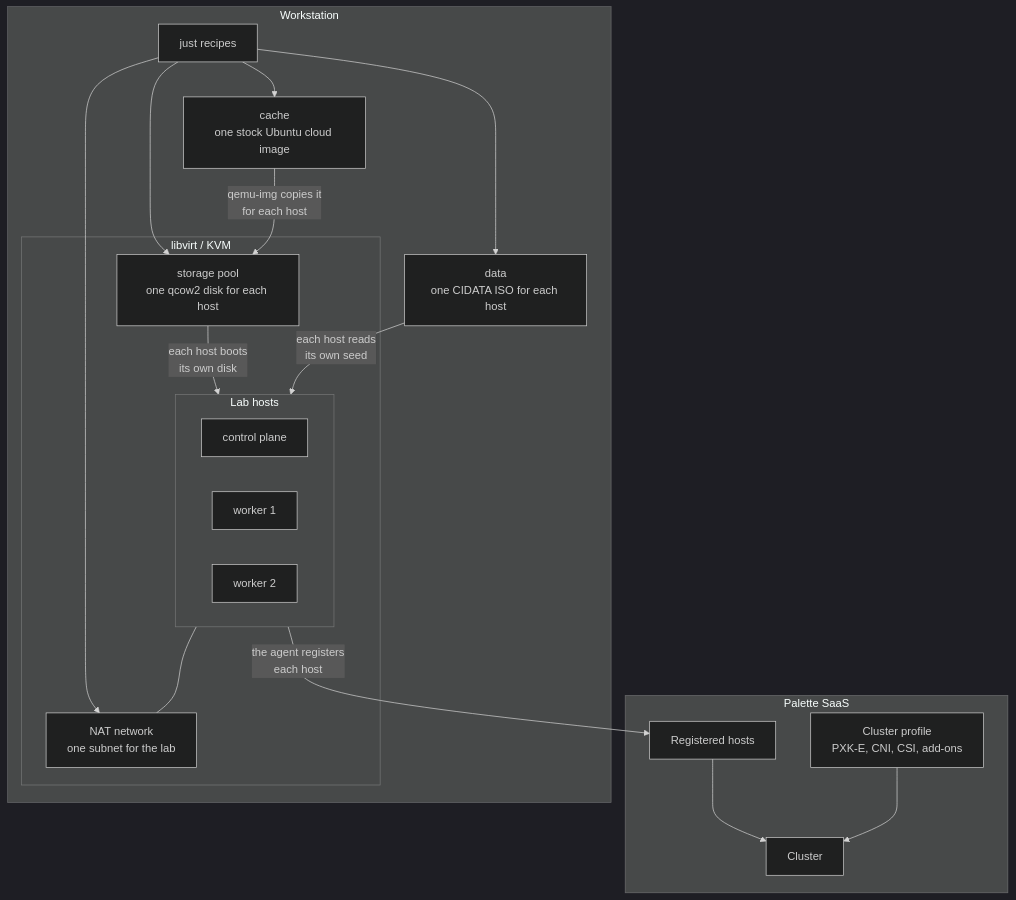
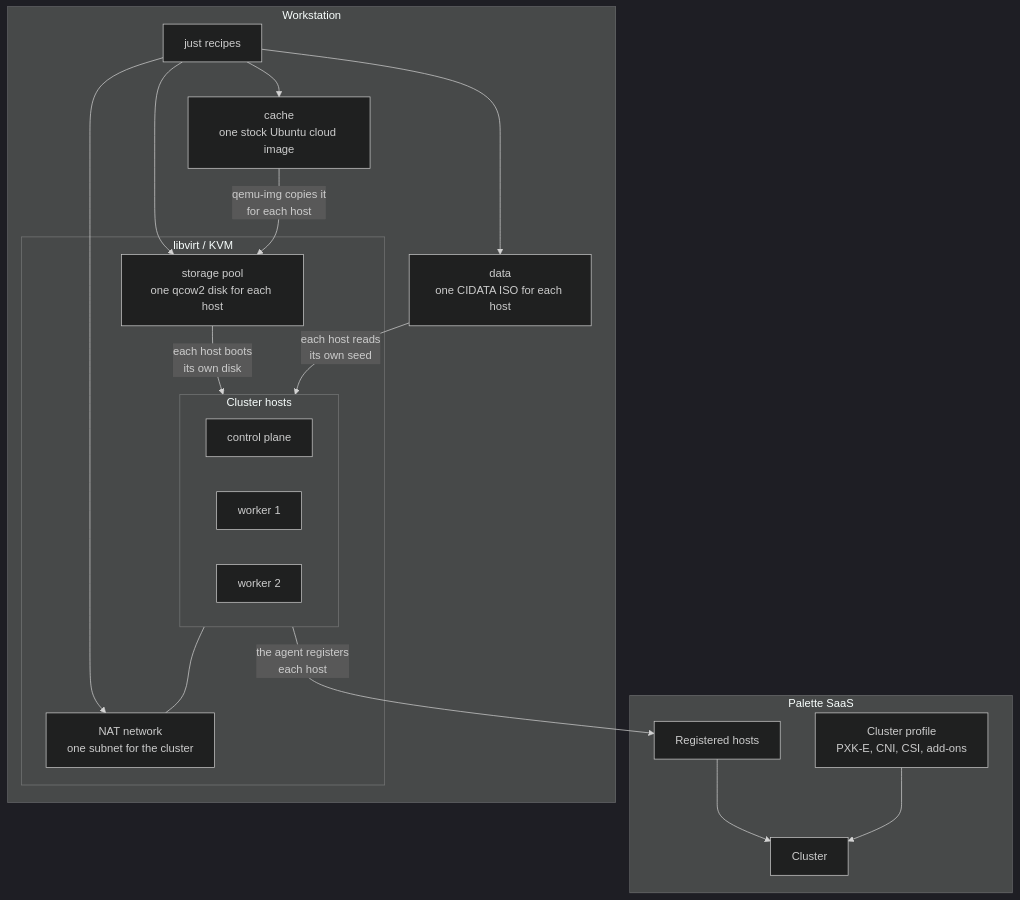
One commit to como-technologies/palette-edge-libvirt changed the first of 2 diagrams in docs/src/architecture.md. Above: the diagram before and after it, drawn with Mermaid (dark theme). The commit also changed other lines of this file and 51 other files, not shown here.

````diff
--- a/docs/src/architecture.md
+++ b/docs/src/architecture.md
@@ -12,35 +12,35 @@
 ```mermaid
 flowchart TB
     subgraph SaaS["Palette SaaS"]
         PROF["Cluster profile<br/>PXK-E, CNI, CSI, add-ons"]
         REG["Registered hosts"]
         CLU["Cluster"]
     end
 
     subgraph WS["Workstation"]
         JUST["just recipes"]
         IMG["cache<br/>one stock Ubuntu cloud image"]
         SEED["data<br/>one CIDATA ISO for each host"]
         subgraph LV["libvirt / KVM"]
-            NET["NAT network<br/>one subnet for the lab"]
+            NET["NAT network<br/>one subnet for the cluster"]
             POOL["storage pool<br/>one qcow2 disk for each host"]
-            subgraph VMS["Lab hosts"]
+            subgraph VMS["Cluster hosts"]
                 CP["control plane"]
                 WK1["worker 1"]
                 WK2["worker 2"]
             end
         end
     end
 
     JUST --> IMG
     JUST --> SEED
     JUST --> NET
     JUST --> POOL
     IMG -->|"qemu-img copies it<br/>for each host"| POOL
     POOL -->|"each host boots<br/>its own disk"| VMS
     SEED -->|"each host reads<br/>its own seed"| VMS
     VMS --- NET
     VMS -->|"the agent registers<br/>each host"| REG
     REG --> CLU
     PROF --> CLU
 ```
````
